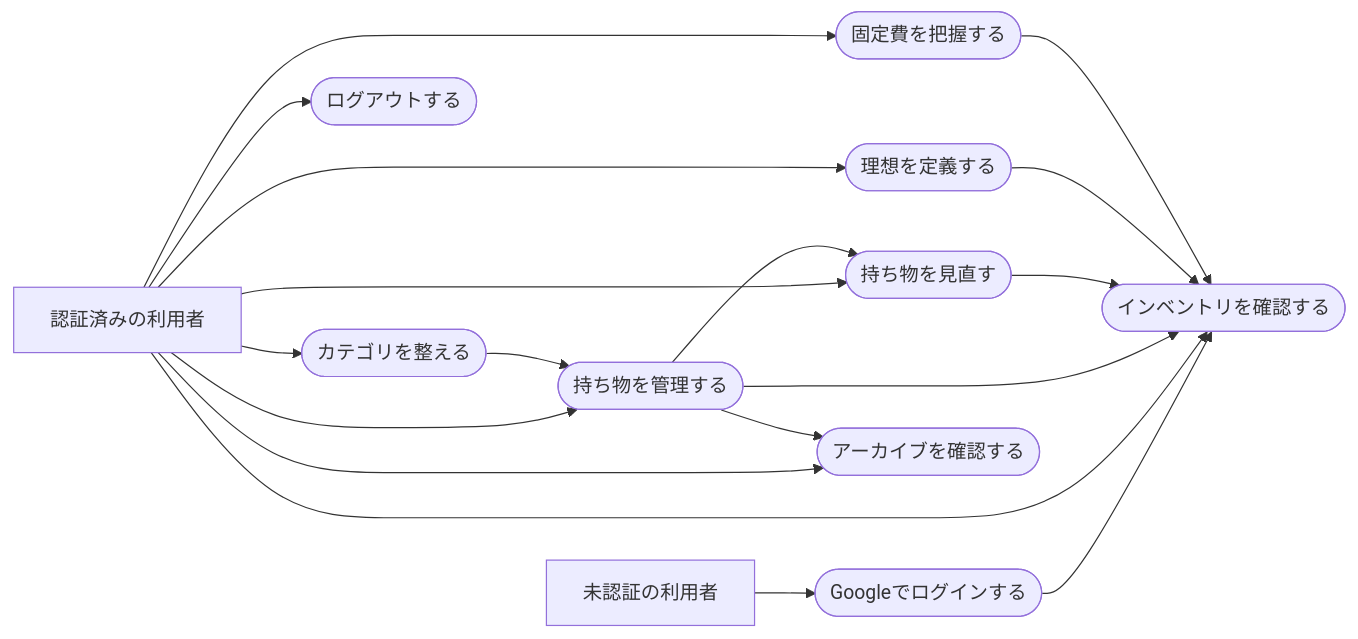
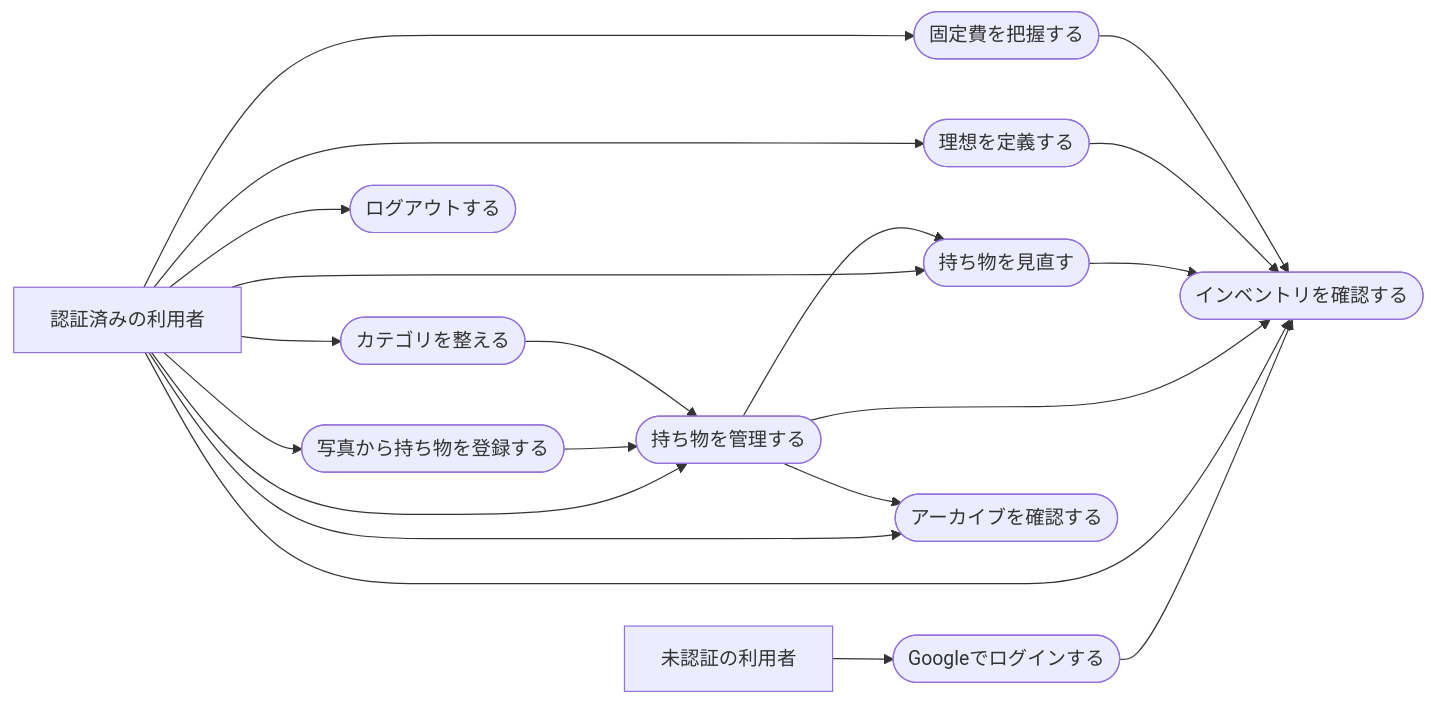
Before and after one commit to yt-hsgw/Life-Inventory: the diagram in docs/ManualAcceptanceChecklist.md, drawn with Mermaid. The commit also changed other lines of this file and 36 other files, not shown here.

Commit message:
Add photo-first item registration

````diff
--- a/docs/ManualAcceptanceChecklist.md
+++ b/docs/ManualAcceptanceChecklist.md
@@ -16,22 +16,24 @@
 ```mermaid
 flowchart LR
   Guest["未認証の利用者"] --> Login(["Googleでログインする"])
   Login --> Overview(["インベントリを確認する"])
 
   User["認証済みの利用者"] --> Overview
   User --> Inventory(["持ち物を管理する"])
+  User --> PhotoRegistration(["写真から持ち物を登録する"])
   User --> Review(["持ち物を見直す"])
   User --> Ideal(["理想を定義する"])
   User --> Expenses(["固定費を把握する"])
   User --> Categories(["カテゴリを整える"])
   User --> Archive(["アーカイブを確認する"])
   User --> Logout(["ログアウトする"])
 
   Inventory --> Archive
+  PhotoRegistration --> Inventory
   Inventory --> Review
   Categories --> Inventory
   Inventory --> Overview
   Review --> Overview
   Ideal --> Overview
   Expenses --> Overview
 ```
````
